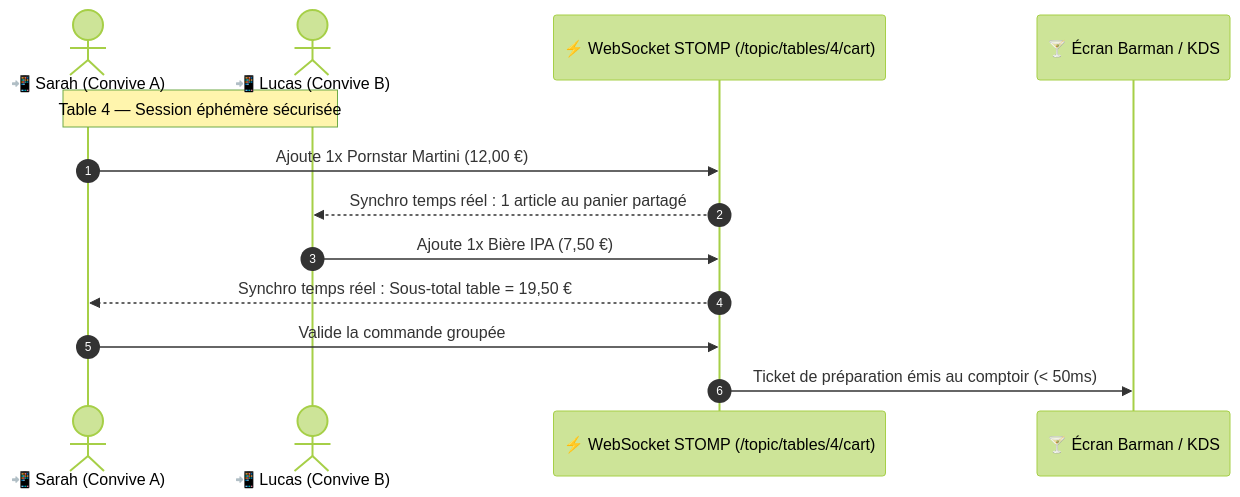
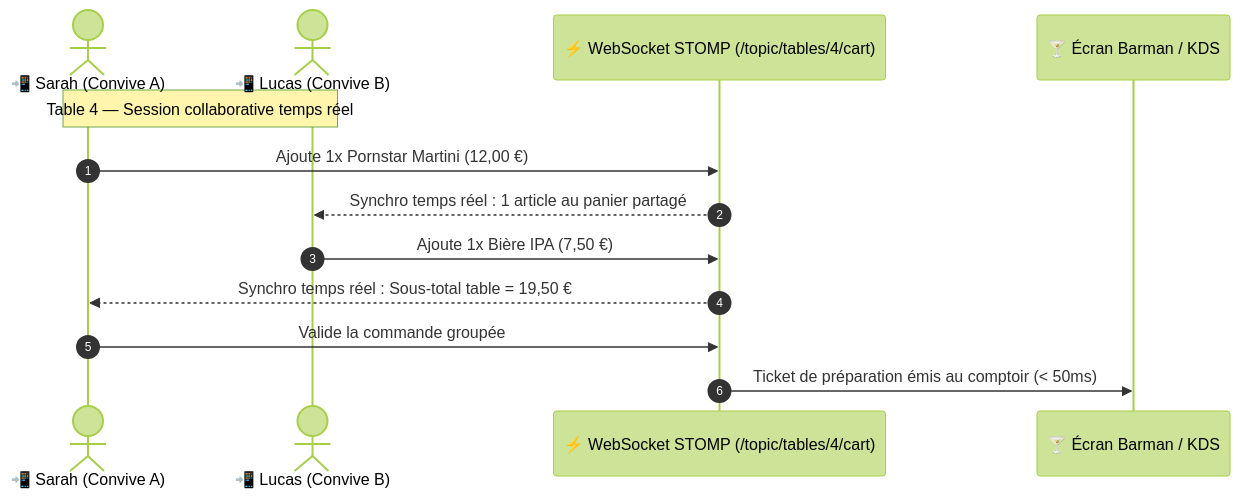
One commit to FunWarry/Open-Bar changed the fourth of 5 diagrams in README.md. Above: the diagram before and after it, drawn with Mermaid (forest theme). The commit also changed other lines of this file, not shown here.

````diff
--- a/README.md
+++ b/README.md
@@ -225,16 +250,16 @@
 ```mermaid
 sequenceDiagram
     autonumber
     actor Sarah as 📲 Sarah (Convive A)
     actor Lucas as 📲 Lucas (Convive B)
     participant STOMP as ⚡ WebSocket STOMP (/topic/tables/4/cart)
     participant Bar as 🍸 Écran Barman / KDS
 
-    Note over Sarah,Lucas: Table 4 — Session éphémère sécurisée
+    Note over Sarah,Lucas: Table 4 — Session collaborative temps réel
     Sarah->>STOMP: Ajoute 1x Pornstar Martini (12,00 €)
     STOMP-->>Lucas: Synchro temps réel : 1 article au panier partagé
     Lucas->>STOMP: Ajoute 1x Bière IPA (7,50 €)
     STOMP-->>Sarah: Synchro temps réel : Sous-total table = 19,50 €
     Sarah->>STOMP: Valide la commande groupée
     STOMP->>Bar: Ticket de préparation émis au comptoir (< 50ms)
 ```
````
